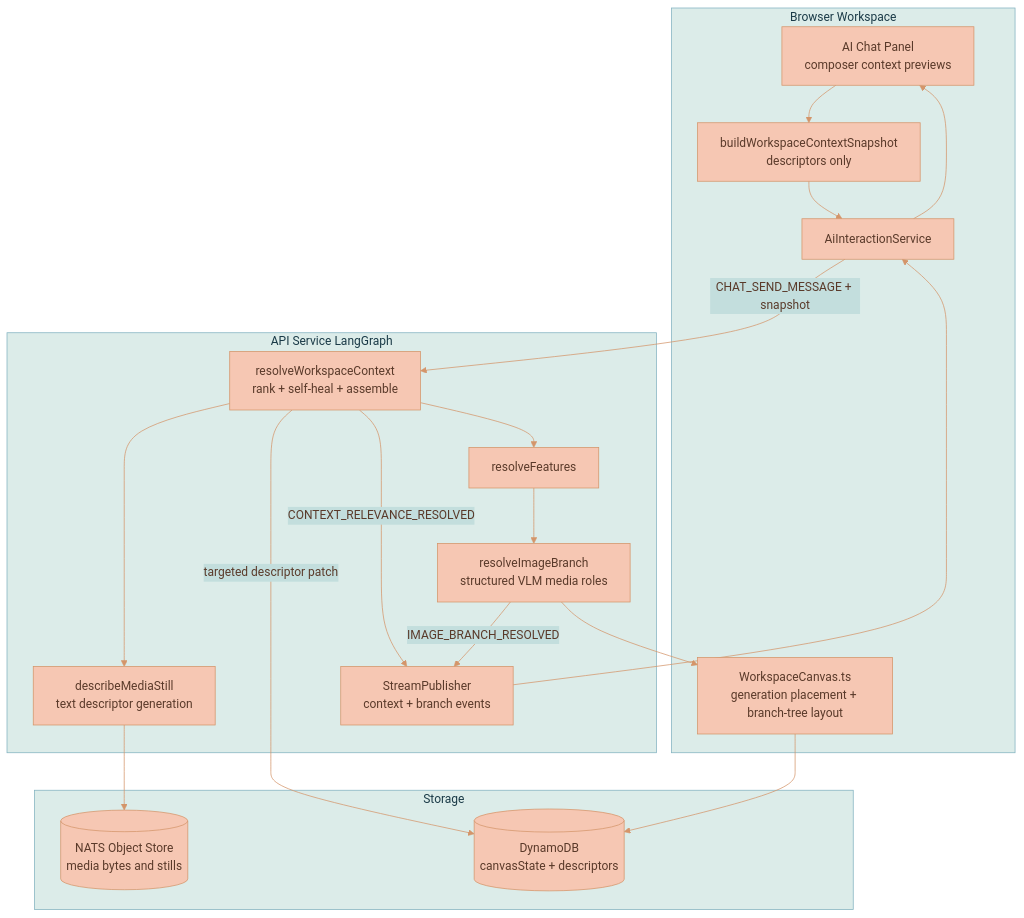
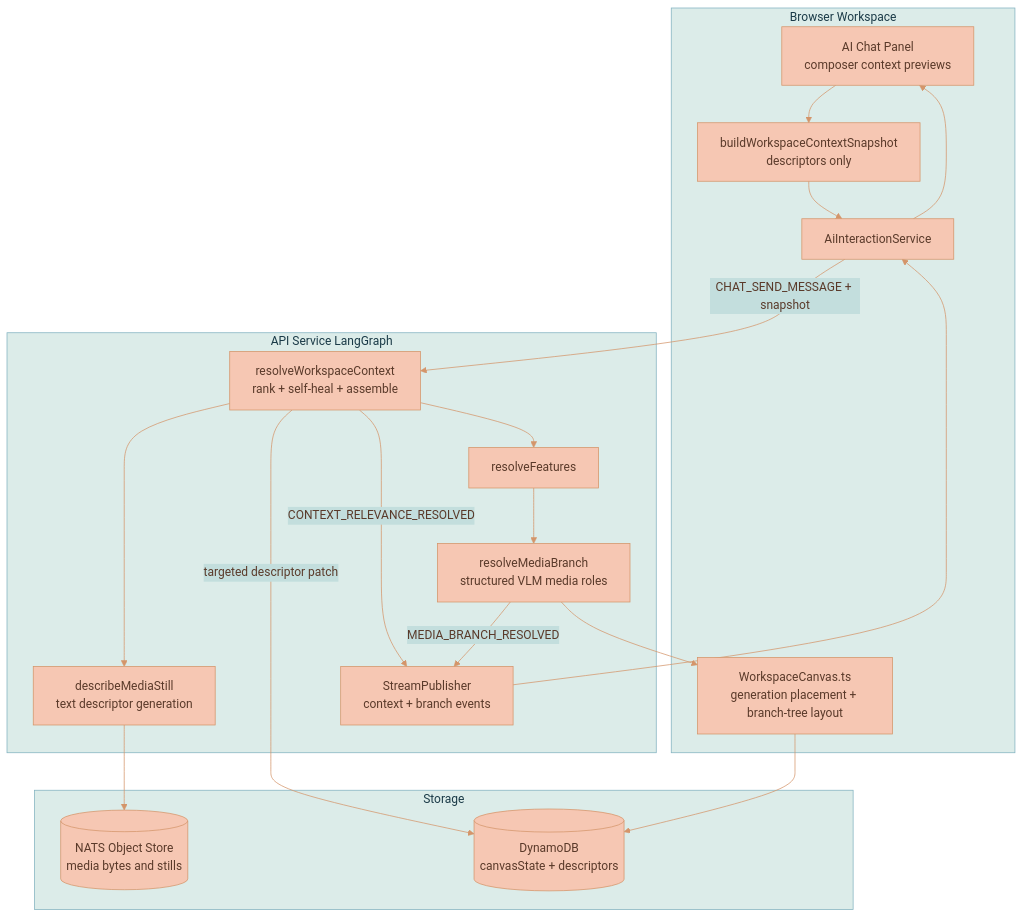
The first of 2 diagrams in documentation/ai-chat/CONTEXT-RELEVANCE.md (Lixpi/lixpi), drawn with Mermaid before and after one commit. The commit also changed other lines of this file and 40 other files, not shown here.

Commit message:
LIX-307 # Rename image-branch resolver to media-branch resolver for image/video parity

````diff
--- a/documentation/ai-chat/CONTEXT-RELEVANCE.md
+++ b/documentation/ai-chat/CONTEXT-RELEVANCE.md
@@ -116,38 +116,38 @@
 ```mermaid
 %%{init: {'theme': 'base', 'themeVariables': { 'primaryColor': '#F6C7B3', 'primaryTextColor': '#5a3a2a', 'primaryBorderColor': '#d4956a', 'secondaryColor': '#C3DEDD', 'secondaryTextColor': '#1a3a47', 'secondaryBorderColor': '#4a8a9d', 'tertiaryColor': '#DCECE9', 'tertiaryTextColor': '#1a3a47', 'tertiaryBorderColor': '#82B2C0', 'lineColor': '#d4956a', 'textColor': '#5a3a2a'}}}%%
 flowchart TB
     subgraph Browser["Browser Workspace"]
         Panel[AI Chat Panel<br/>composer context previews]
         Snapshot[buildWorkspaceContextSnapshot<br/>descriptors only]
         AIS[AiInteractionService]
         Canvas[WorkspaceCanvas.ts<br/>generation placement + branch-tree layout]
     end
 
     subgraph API["API Service LangGraph"]
         Relevance[resolveWorkspaceContext<br/>rank + self-heal + assemble]
         Features[resolveFeatures]
-        Branch[resolveImageBranch<br/>structured VLM media roles]
+        Branch[resolveMediaBranch<br/>structured VLM media roles]
         Stream[StreamPublisher<br/>context + branch events]
         Describe[describeMediaStill<br/>text descriptor generation]
     end
 
     subgraph Storage["Storage"]
         DDB[(DynamoDB<br/>canvasState + descriptors)]
         Objects[(NATS Object Store<br/>media bytes and stills)]
     end
 
     Panel --> Snapshot
     Snapshot --> AIS
     AIS -->|CHAT_SEND_MESSAGE + snapshot| Relevance
     Relevance --> Describe
     Describe --> Objects
     Relevance -->|targeted descriptor patch| DDB
     Relevance -->|CONTEXT_RELEVANCE_RESOLVED| Stream
     Stream --> AIS
     AIS --> Panel
     Relevance --> Features
     Features --> Branch
-    Branch -->|IMAGE_BRANCH_RESOLVED| Stream
+    Branch -->|MEDIA_BRANCH_RESOLVED| Stream
     Branch --> Canvas
     Canvas --> DDB
 ```
````
